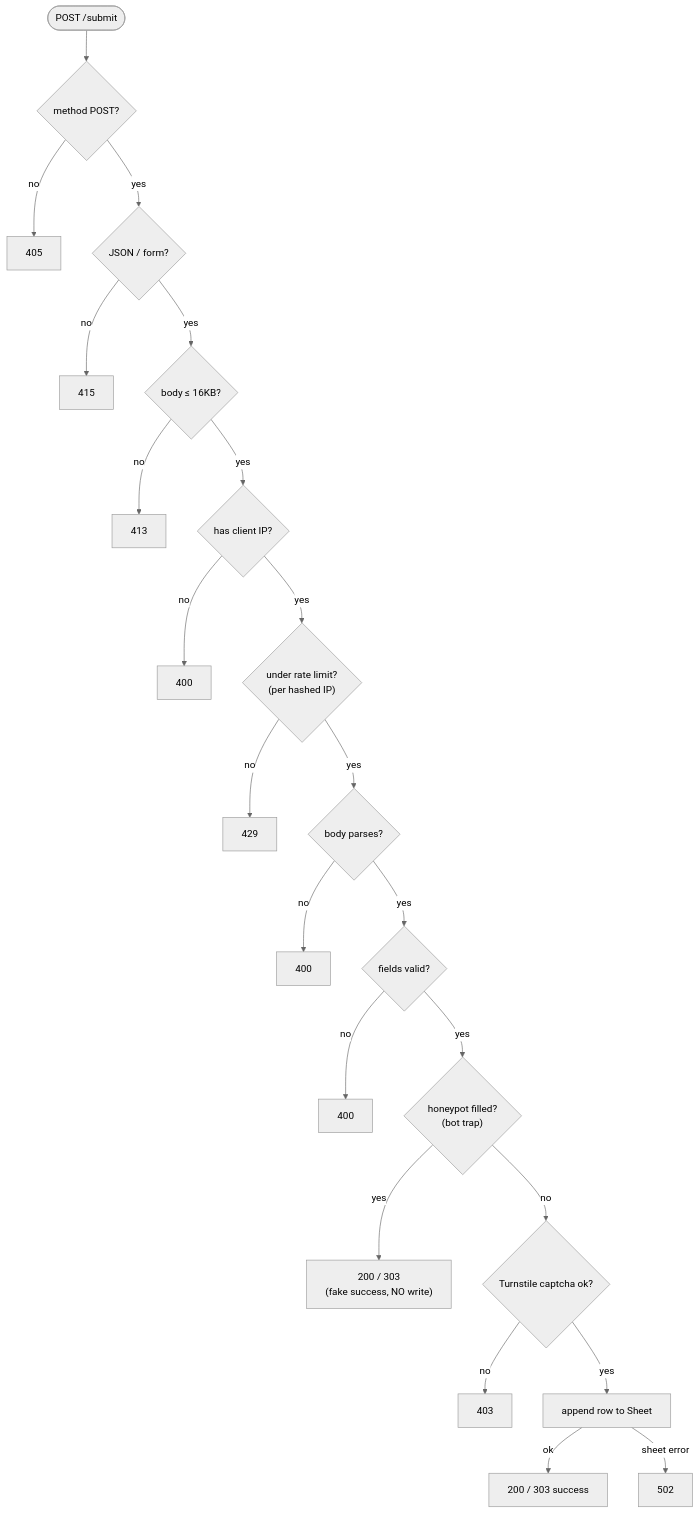
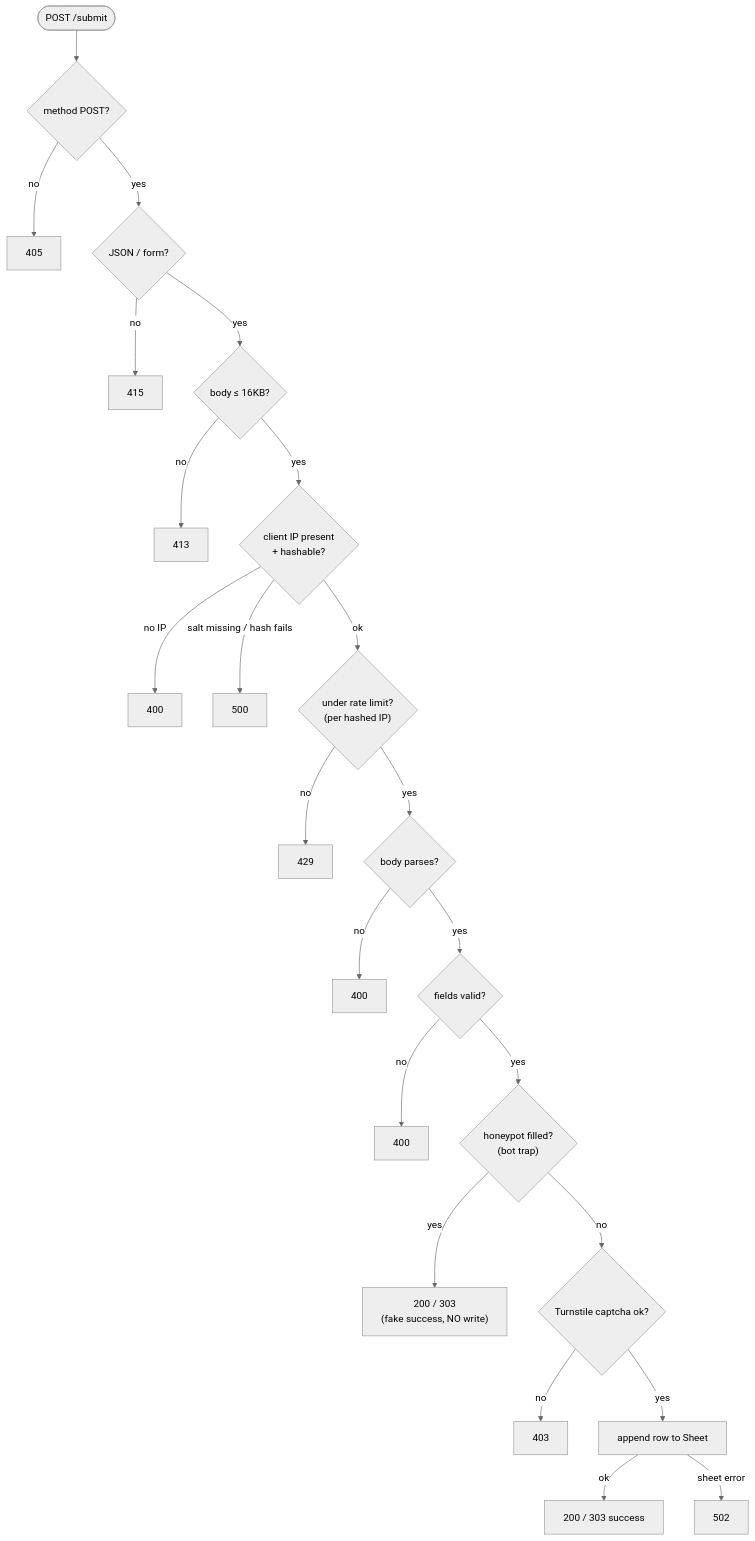
The sixth of 9 diagrams in docs/ARCHITECTURE.md (NoobCoder1209/vayana-bungalows), drawn with Mermaid (neutral theme) before and after one commit. The commit also changed other lines of this file, not shown here.

First line of the commit message:
docs: fix ARCHITECTURE.md accuracy (review findings)

````diff
--- a/docs/ARCHITECTURE.md
+++ b/docs/ARCHITECTURE.md
@@ -201,14 +215,15 @@
 ```mermaid
 flowchart TD
     In([POST /submit]) --> M{"method POST?"} -->|no| E405[405]
     M -->|yes| CT{"JSON / form?"} -->|no| E415[415]
     CT -->|yes| Size{"body ≤ 16KB?"} -->|no| E413[413]
-    Size -->|yes| IP{"has client IP?"} -->|no| E400a[400]
-    IP -->|yes| RL{"under rate limit?<br/>(per hashed IP)"} -->|no| E429[429]
+    Size -->|yes| IP{"client IP present<br/>+ hashable?"} -->|no IP| E400a[400]
+    IP -->|salt missing / hash fails| E500[500]
+    IP -->|ok| RL{"under rate limit?<br/>(per hashed IP)"} -->|no| E429[429]
     RL -->|yes| Parse{"body parses?"} -->|no| E400b[400]
     Parse -->|yes| Valid{"fields valid?"} -->|no| E400c[400]
     Valid -->|yes| Honey{"honeypot filled?<br/>(bot trap)"} -->|yes| Fake["200 / 303<br/>(fake success, NO write)"]
     Honey -->|no| Cap{"Turnstile captcha ok?"} -->|no| E403[403]
     Cap -->|yes| Append["append row to Sheet"] -->|ok| OK["200 / 303 success"]
     Append -->|sheet error| E502[502]
 ```
````
